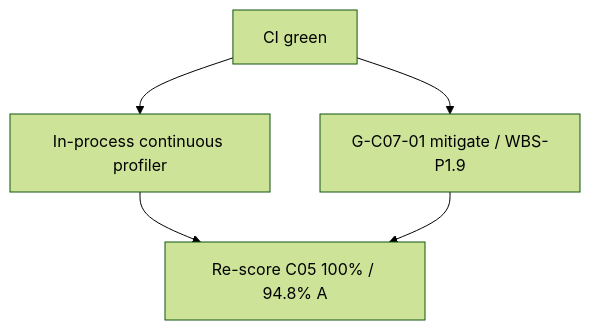
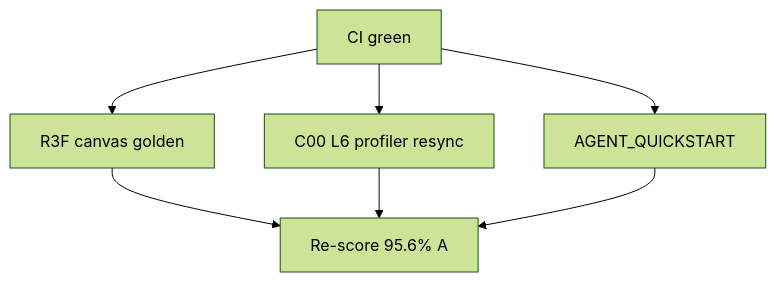
Before and after one commit to KooshaPari/Melosviz: the diagram in docs/WORK_DAG.md, drawn with Mermaid (forest theme). The commit also changed other lines of this file and 20 other files, not shown here.

First line of the commit message:
feat: R3F canvas golden + scorecard 95.6% A (p1i) (#149)

````diff
--- a/docs/WORK_DAG.md
+++ b/docs/WORK_DAG.md
@@ -5,7 +5,9 @@
 ```mermaid
 flowchart TD
-  A[CI green] --> B[In-process continuous profiler]
-  A --> C[G-C07-01 mitigate / WBS-P1.9]
-  B --> D[Re-score C05 100% / 94.8% A]
-  C --> D
+  A[CI green] --> B[R3F canvas golden]
+  A --> C[C00 L6 profiler resync]
+  A --> D[AGENT_QUICKSTART]
+  B --> E[Re-score 95.6% A]
+  C --> E
+  D --> E
 ```
````
